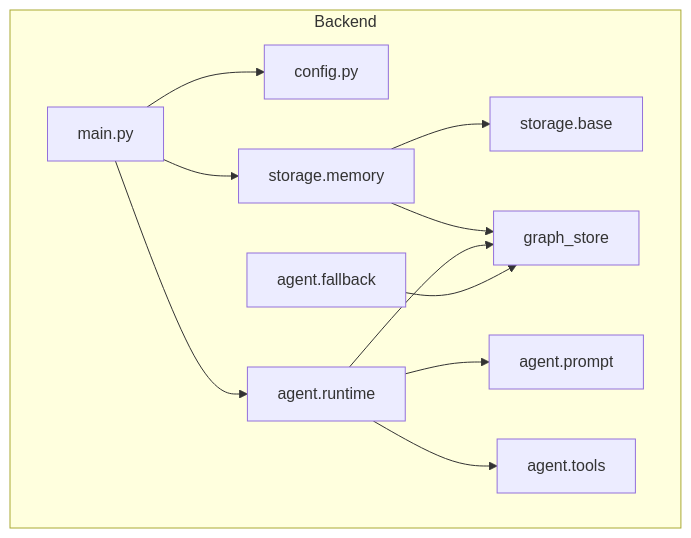
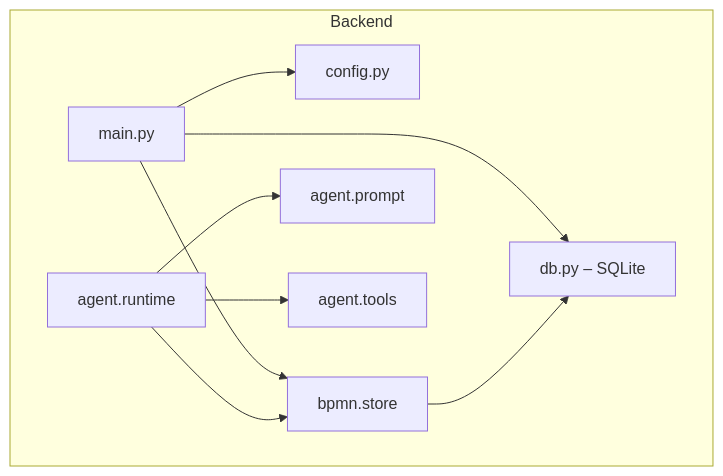
The diagram in docs/DATA_FLOW.md (prichard26/Submission-Nova-Hack-Consularis), drawn with Mermaid before and after one commit. The commit also changed other lines of this file and 71 other files, not shown here.

````diff
--- a/docs/DATA_FLOW.md
+++ b/docs/DATA_FLOW.md
@@ -7,23 +7,19 @@
 ```mermaid
 flowchart TB
   subgraph backend [Backend]
     Main[main.py]
     Config[config.py]
-    Store[storage.memory]
-    StoreBase[storage.base]
-    GraphStore[graph_store]
+    DB[db.py – SQLite]
+    BpmnStore[bpmn.store]
     AgentRun[agent.runtime]
     AgentPrompt[agent.prompt]
     AgentTools[agent.tools]
-    AgentFallback[agent.fallback]
   end
   Main --> Config
-  Main --> Store
-  Main --> AgentRun
-  Store --> StoreBase
-  Store --> GraphStore
+  Main --> DB
+  Main --> BpmnStore
+  BpmnStore --> DB
   AgentRun --> AgentPrompt
   AgentRun --> AgentTools
-  AgentRun --> GraphStore
-  AgentFallback --> GraphStore
+  AgentRun --> BpmnStore
 ```
````
